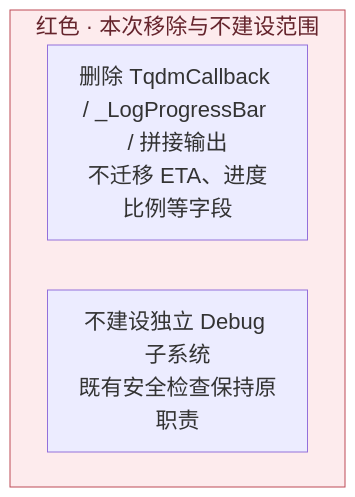
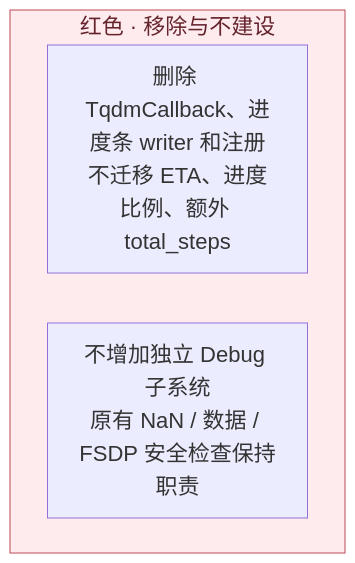
Before and after one commit to mindspore-ai/hyper-parallel: the second of 2 diagrams in docs/design/trainer_monitoring_plan.md, drawn with Mermaid. The commit also changed other lines of this file and 8 other files, not shown here.

````diff
--- a/docs/design/trainer_monitoring_plan.md
+++ b/docs/design/trainer_monitoring_plan.md
@@ -117,9 +42,9 @@
 ```mermaid
 %%{init: {"themeVariables": {"fontSize": "22px"}}}%%
 flowchart TB
-    subgraph REMOVE["红色 · 本次移除与不建设范围"]
-        X["删除 TqdmCallback / _LogProgressBar / 拼接输出<br/>不迁移 ETA、进度比例等字段"]
-        Y["不建设独立 Debug 子系统<br/>既有安全检查保持原职责"]
+    subgraph REMOVE["红色 · 移除与不建设"]
+        X["删除 TqdmCallback、进度条 writer 和注册<br/>不迁移 ETA、进度比例、额外 total_steps"]
+        Y["不增加独立 Debug 子系统<br/>原有 NaN / 数据 / FSDP 安全检查保持职责"]
     end
     style REMOVE fill:#fdebed,stroke:#bd4a57,color:#65242c
 ```
````
